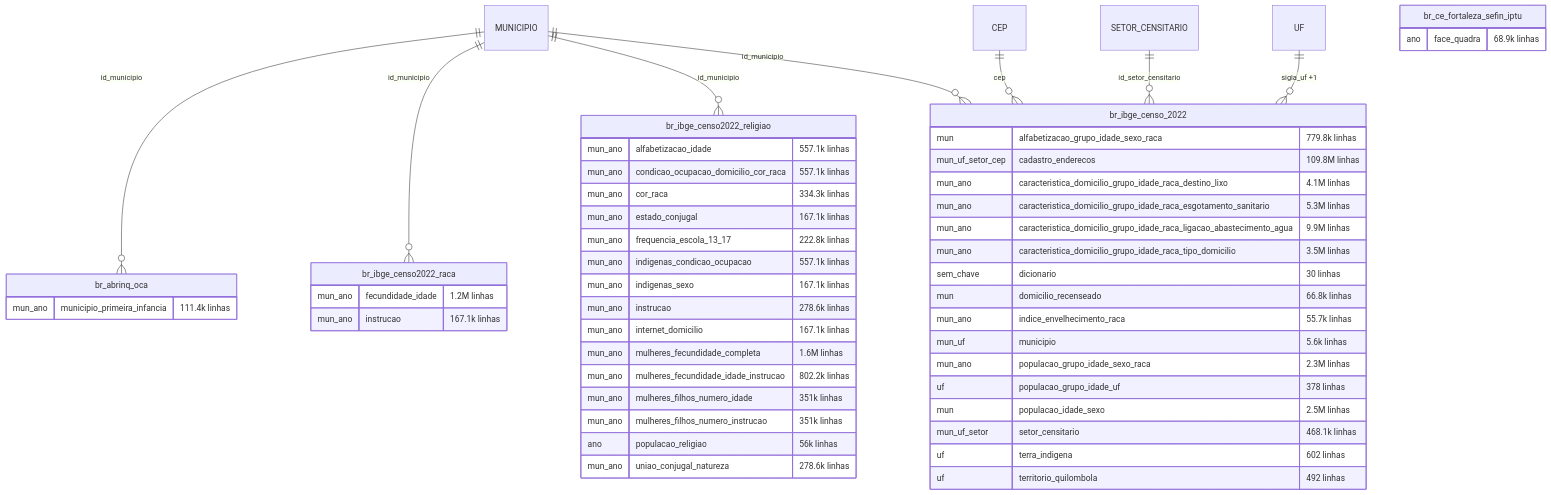
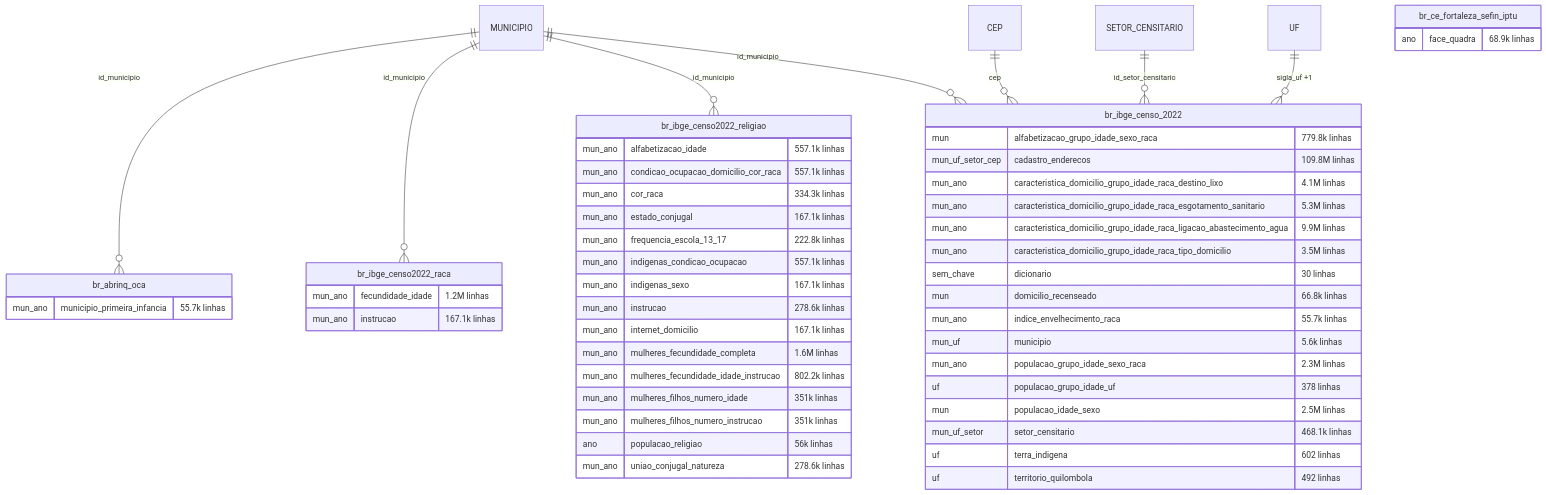
Before and after one commit to rafapolo/rodado: diagram 17 of 20 in docs/ERD.md, drawn with Mermaid. The commit also changed other lines of this file and 15 other files, not shown here.

````diff
--- a/docs/ERD.md
+++ b/docs/ERD.md
@@ -1593,55 +1616,55 @@
 ```mermaid
 erDiagram
     MUNICIPIO ||--o{ br_abrinq_oca : "id_municipio"
     MUNICIPIO ||--o{ br_ibge_censo2022_raca : "id_municipio"
     MUNICIPIO ||--o{ br_ibge_censo2022_religiao : "id_municipio"
     CEP ||--o{ br_ibge_censo_2022 : "cep"
     MUNICIPIO ||--o{ br_ibge_censo_2022 : "id_municipio"
     SETOR_CENSITARIO ||--o{ br_ibge_censo_2022 : "id_setor_censitario"
     UF ||--o{ br_ibge_censo_2022 : "sigla_uf +1"
     br_abrinq_oca {
-        mun_ano municipio_primeira_infancia "111.4k linhas"
+        mun_ano municipio_primeira_infancia "55.7k linhas"
     }
     br_ce_fortaleza_sefin_iptu {
         ano face_quadra "68.9k linhas"
     }
     br_ibge_censo2022_raca {
         mun_ano fecundidade_idade "1.2M linhas"
         mun_ano instrucao "167.1k linhas"
     }
     br_ibge_censo2022_religiao {
         mun_ano alfabetizacao_idade "557.1k linhas"
         mun_ano condicao_ocupacao_domicilio_cor_raca "557.1k linhas"
         mun_ano cor_raca "334.3k linhas"
         mun_ano estado_conjugal "167.1k linhas"
         mun_ano frequencia_escola_13_17 "222.8k linhas"
         mun_ano indigenas_condicao_ocupacao "557.1k linhas"
         mun_ano indigenas_sexo "167.1k linhas"
         mun_ano instrucao "278.6k linhas"
         mun_ano internet_domicilio "167.1k linhas"
         mun_ano mulheres_fecundidade_completa "1.6M linhas"
         mun_ano mulheres_fecundidade_idade_instrucao "802.2k linhas"
         mun_ano mulheres_filhos_numero_idade "351k linhas"
         mun_ano mulheres_filhos_numero_instrucao "351k linhas"
         ano populacao_religiao "56k linhas"
         mun_ano uniao_conjugal_natureza "278.6k linhas"
     }
     br_ibge_censo_2022 {
         mun alfabetizacao_grupo_idade_sexo_raca "779.8k linhas"
         mun_uf_setor_cep cadastro_enderecos "109.8M linhas"
         mun_ano caracteristica_domicilio_grupo_idade_raca_destino_lixo "4.1M linhas"
         mun_ano caracteristica_domicilio_grupo_idade_raca_esgotamento_sanitario "5.3M linhas"
         mun_ano caracteristica_domicilio_grupo_idade_raca_ligacao_abastecimento_agua "9.9M linhas"
         mun_ano caracteristica_domicilio_grupo_idade_raca_tipo_domicilio "3.5M linhas"
         sem_chave dicionario "30 linhas"
         mun domicilio_recenseado "66.8k linhas"
         mun_ano indice_envelhecimento_raca "55.7k linhas"
         mun_uf municipio "5.6k linhas"
         mun_ano populacao_grupo_idade_sexo_raca "2.3M linhas"
         uf populacao_grupo_idade_uf "378 linhas"
         mun populacao_idade_sexo "2.5M linhas"
         mun_uf_setor setor_censitario "468.1k linhas"
         uf terra_indigena "602 linhas"
         uf territorio_quilombola "492 linhas"
     }
 ```
````
